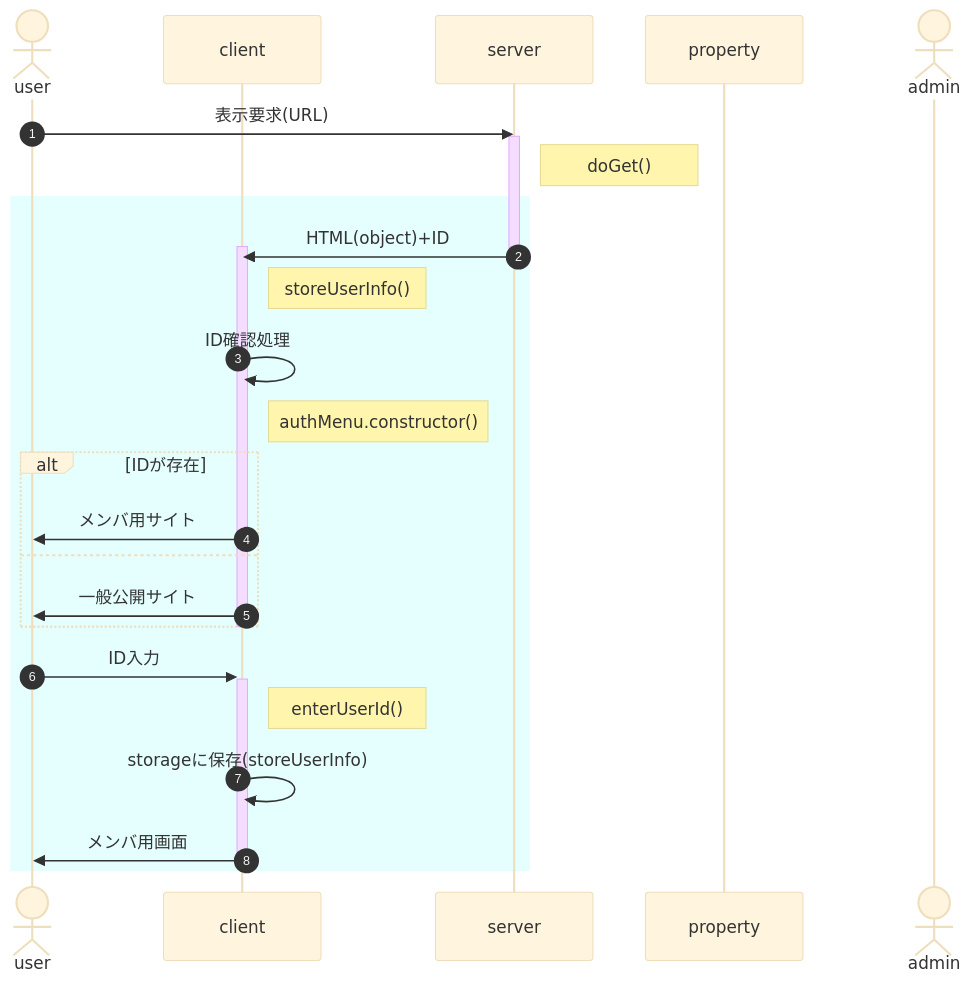
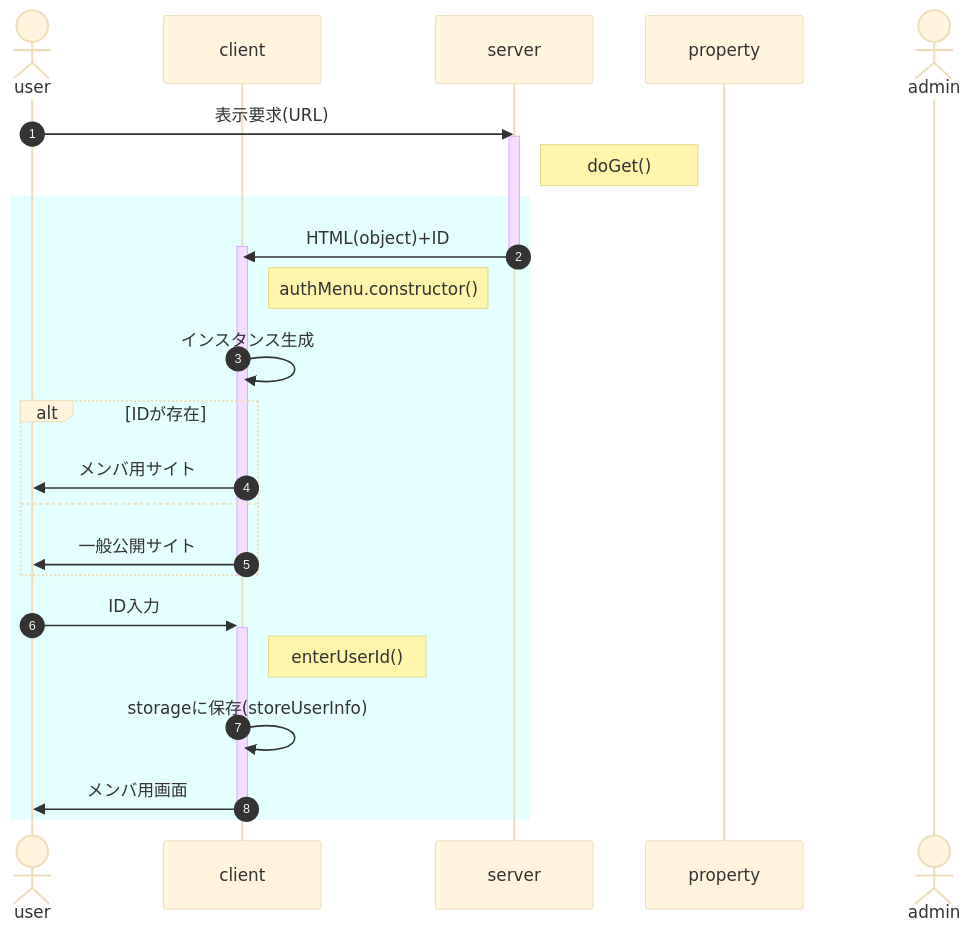
Before and after one commit to nakaone/library: the diagram in authMenu/1.0.0/doc/onload.md, drawn with Mermaid (base theme). The commit also changed other lines of this file and 2 other files, not shown here.

````diff
--- a/authMenu/1.0.0/doc/onload.md
+++ b/authMenu/1.0.0/doc/onload.md
@@ -3,32 +3,31 @@
 ```mermaid
 sequenceDiagram
   autonumber
   actor user
   participant client
   participant server
   participant property
   actor admin
 
   user ->> server : 表示要求(URL)
   activate server
   Note right of server : doGet()
   rect rgba(0, 255, 255, 0.1)
     server ->> client : HTML(object)+ID
     activate client
     deactivate server
-    Note right of client : storeUserInfo()
-    client ->> client : ID確認処理
     Note right of client : authMenu.constructor()
+    client ->> client : インスタンス生成
     alt IDが存在
       client ->> user : メンバ用サイト
     else
       client ->> user : 一般公開サイト
     end
     deactivate client
 
     user ->>+ client : ID入力
     Note right of client : enterUserId()
     client ->> client : storageに保存(storeUserInfo)
     client ->>- user : メンバ用画面
   end
 ```
````
